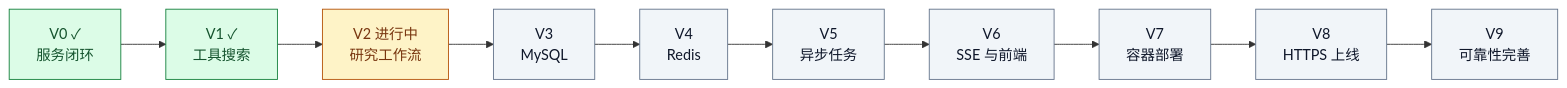
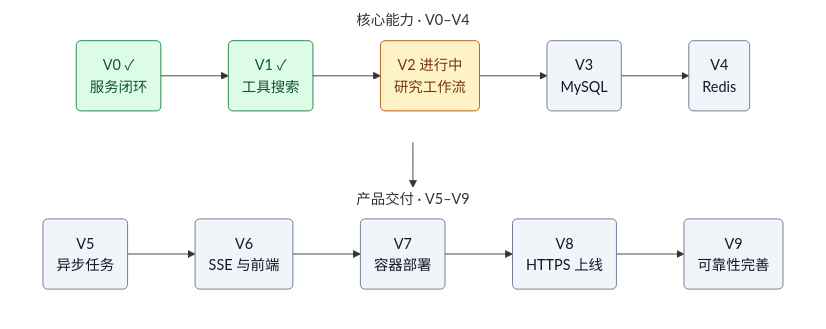
The diagram in README.md (qiangwei0513/ai-research-platform), drawn with Mermaid before and after one commit.

Commit message:
update README_flowchart

````diff
--- a/README.md
+++ b/README.md
@@ -15,22 +15,34 @@
 ```mermaid
-flowchart LR
-    V0["V0 ✓<br/>服务闭环"]
-    V1["V1 ✓<br/>工具搜索"]
-    V2["V2 进行中<br/>研究工作流"]
-    V3["V3<br/>MySQL"]
-    V4["V4<br/>Redis"]
-    V5["V5<br/>异步任务"]
-    V6["V6<br/>SSE 与前端"]
-    V7["V7<br/>容器部署"]
-    V8["V8<br/>HTTPS 上线"]
-    V9["V9<br/>可靠性完善"]
+flowchart TB
+    subgraph CORE["核心能力 · V0–V4"]
+        direction LR
+        V0("V0 ✓<br/>服务闭环")
+        V1("V1 ✓<br/>工具搜索")
+        V2("V2 进行中<br/>研究工作流")
+        V3("V3<br/>MySQL")
+        V4("V4<br/>Redis")
+        V0 --> V1 --> V2 --> V3 --> V4
+    end
 
-    V0 --> V1 --> V2 --> V3 --> V4 --> V5 --> V6 --> V7 --> V8 --> V9
+    subgraph DELIVERY["产品交付 · V5–V9"]
+        direction LR
+        V5("V5<br/>异步任务")
+        V6("V6<br/>SSE 与前端")
+        V7("V7<br/>容器部署")
+        V8("V8<br/>HTTPS 上线")
+        V9("V9<br/>可靠性完善")
+        V5 --> V6 --> V7 --> V8 --> V9
+    end
+
+    CORE --> DELIVERY
+
+    style CORE fill:transparent,stroke:transparent
+    style DELIVERY fill:transparent,stroke:transparent
 
     classDef done fill:#dcfce7,stroke:#15803d,color:#14532d;
     classDef active fill:#fef3c7,stroke:#b45309,color:#78350f;
     classDef planned fill:#f1f5f9,stroke:#64748b,color:#0f172a;
     class V0,V1 done;
     class V2 active;
     class V3,V4,V5,V6,V7,V8,V9 planned;
 ```
````
